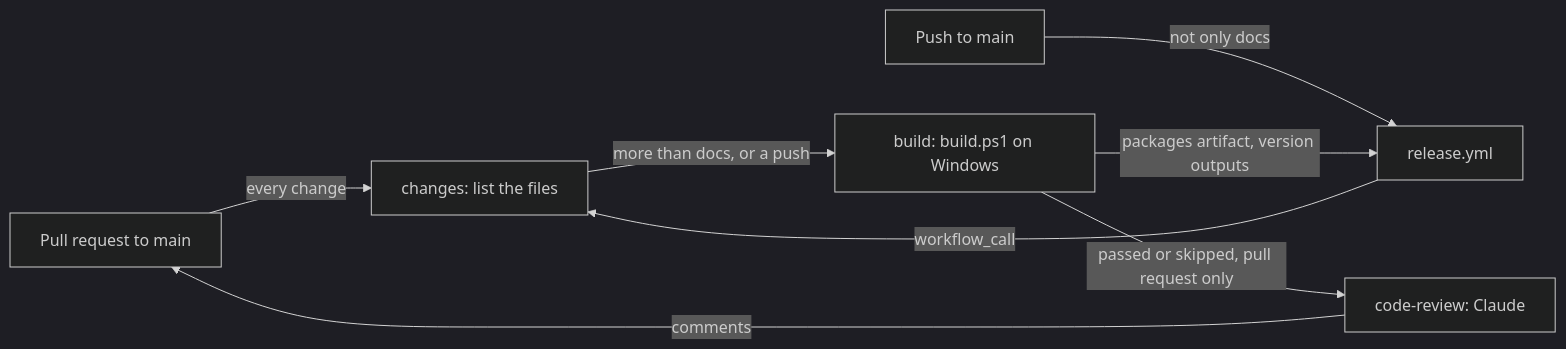
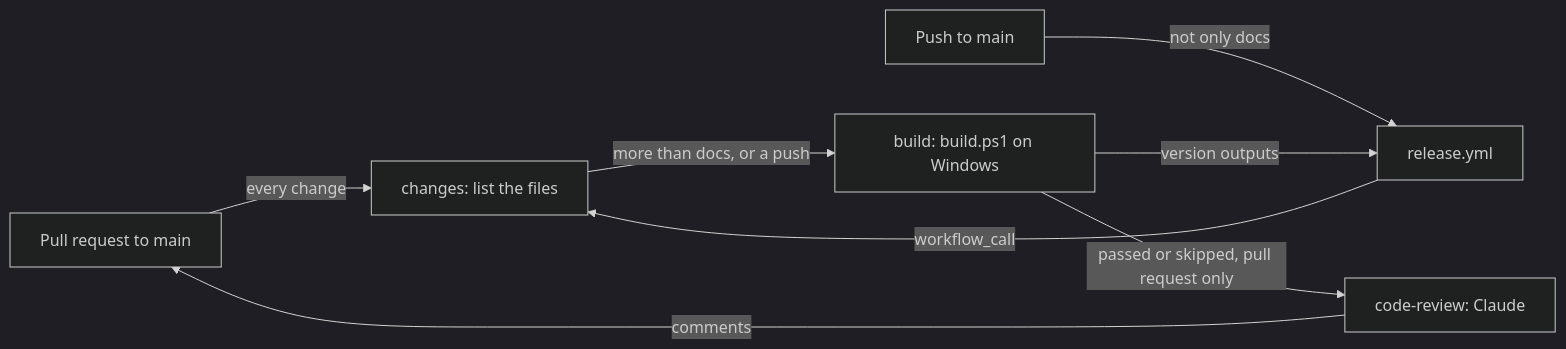
Before and after one commit to froazin/hairpin: the diagram in Docs/ci.md, drawn with Mermaid (dark theme). The commit also changed other lines of this file and 10 other files, not shown here.

First line of the commit message:
ci: Release as tags only, with no GitHub release or packages (#26)

````diff
--- a/Docs/ci.md
+++ b/Docs/ci.md
@@ -20,12 +20,12 @@
 ```mermaid
 flowchart LR
     accTitle: The jobs in the CI workflow
-    accDescr: Every pull request to main starts the CI workflow directly. A push to main that changes more than docs starts the release workflow, which calls it. The changes job decides whether to build. The build job runs build.ps1 on Windows and uploads the packages. On a pull request only, when the build passes or is skipped, the code-review job runs Claude, which comments on the pull request.
+    accDescr: Every pull request to main starts the CI workflow directly. A push to main that changes more than docs starts the release workflow, which calls it. The changes job decides whether to build. The build job runs build.ps1 on Windows and outputs the version. On a pull request only, when the build passes or is skipped, the code-review job runs Claude, which comments on the pull request.
     pr["Pull request to main"] -->|"every change"| changes["changes: list the files"]
     push["Push to main"] -->|"not only docs"| release["release.yml"]
     release -->|"workflow_call"| changes
     changes -->|"more than docs, or a push"| build["build: build.ps1 on Windows"]
-    build -->|"packages artifact, version outputs"| release
+    build -->|"version outputs"| release
     build -->|"passed or skipped, pull request only"| review["code-review: Claude"]
     review -->|comments| pr
 ```
````
